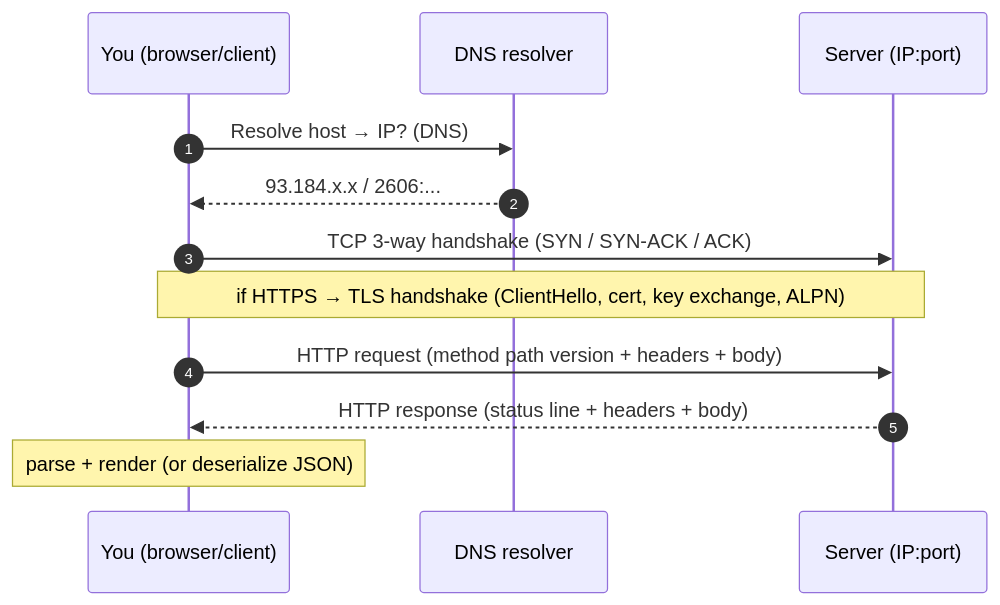
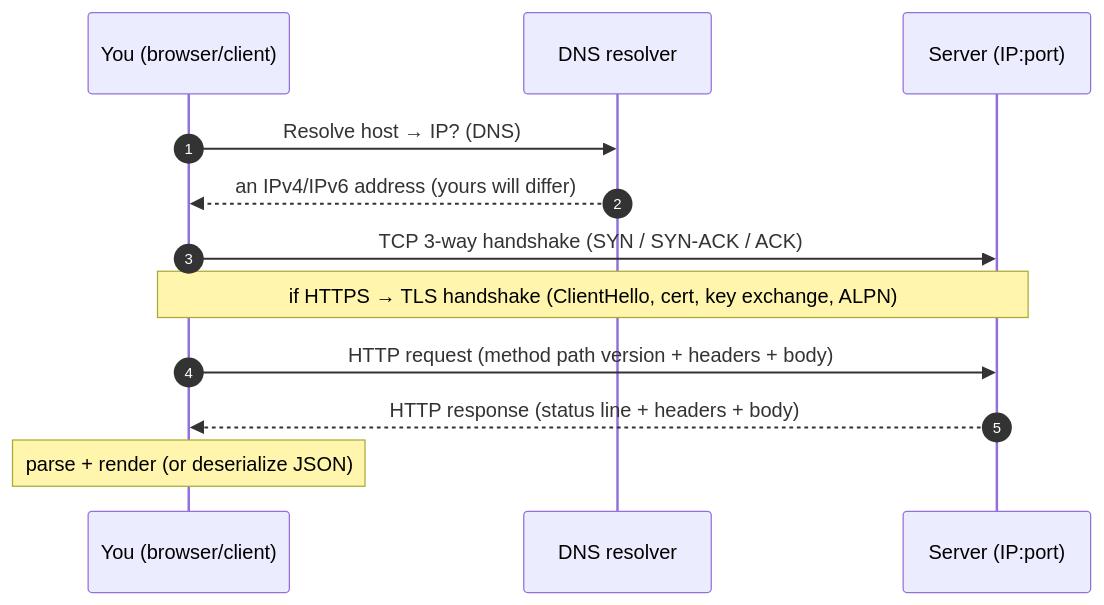
One commit to ramishtaha/build-a-bank changed the first of 6 diagrams in steps/step-03/lesson.md. Above: the diagram before and after it, drawn with Mermaid. The commit also changed other lines of this file and 108 other files, not shown here.

````diff
--- a/steps/step-03/lesson.md
+++ b/steps/step-03/lesson.md
@@ -79,14 +79,14 @@
 ```mermaid
 sequenceDiagram
     autonumber
     participant U as You (browser/client)
     participant D as DNS resolver
     participant S as Server (IP:port)
     U->>D: Resolve host → IP? (DNS)
-    D-->>U: 93.184.x.x / 2606:...
+    D-->>U: an IPv4/IPv6 address (yours will differ)
     U->>S: TCP 3-way handshake (SYN / SYN-ACK / ACK)
     Note over U,S: if HTTPS → TLS handshake (ClientHello, cert, key exchange, ALPN)
     U->>S: HTTP request (method path version + headers + body)
     S-->>U: HTTP response (status line + headers + body)
     Note over U: parse + render (or deserialize JSON)
 ```
````
